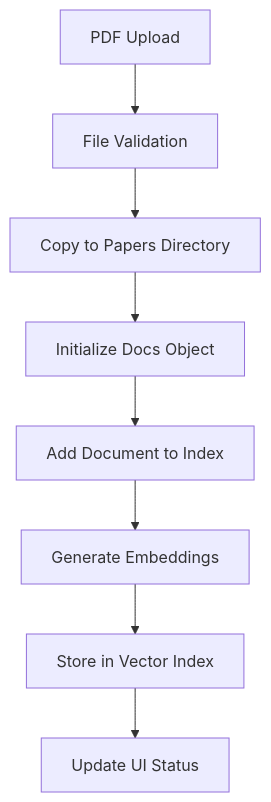
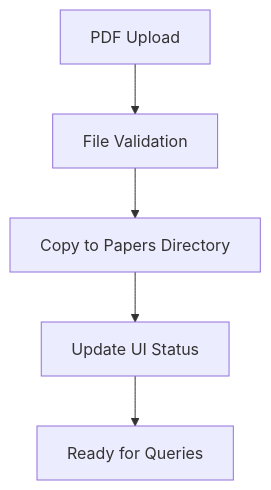
The fourth of 5 diagrams in DEVELOPER.md (usathyan/paper-qa-ui), drawn with Mermaid before and after one commit. The commit also changed other lines of this file and 27 other files, not shown here.

````diff
--- a/DEVELOPER.md
+++ b/DEVELOPER.md
@@ -157,10 +160,7 @@
 ```mermaid
 flowchart TD
     A[PDF Upload] --> B[File Validation]
     B --> C[Copy to Papers Directory]
-    C --> D[Initialize Docs Object]
-    D --> E[Add Document to Index]
-    E --> F[Generate Embeddings]
-    F --> G[Store in Vector Index]
-    G --> H[Update UI Status]
+    C --> D[Update UI Status]
+    D --> E[Ready for Queries]
 ```
````
